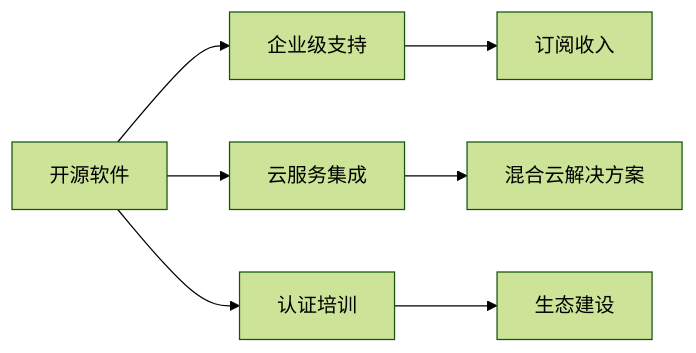
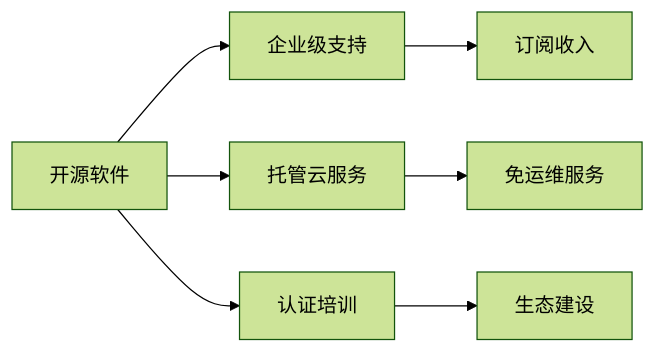
The second of 4 diagrams in docs/ch2/index.md (hust-open-atom-club/intro2oss), drawn with Mermaid (forest theme) before and after one commit. The commit also changed other lines of this file and 8 other files, not shown here.

````diff
--- a/docs/ch2/index.md
+++ b/docs/ch2/index.md
@@ -39,9 +44,9 @@
-    ```mermaid
-    graph LR
-      A[开源软件] --> B[企业级支持]
-      A --> C[云服务集成]
-      A --> D[认证培训]
-      B --> E[订阅收入]
-      C --> F[混合云解决方案]
-      D --> G[生态建设]
-    ```
+```mermaid
+graph LR
+  A[开源软件] --> B[企业级支持]
+  A --> C[托管云服务]
+  A --> D[认证培训]
+  B --> E[订阅收入]
+  C --> F[免运维服务]
+  D --> G[生态建设]
+```
````
